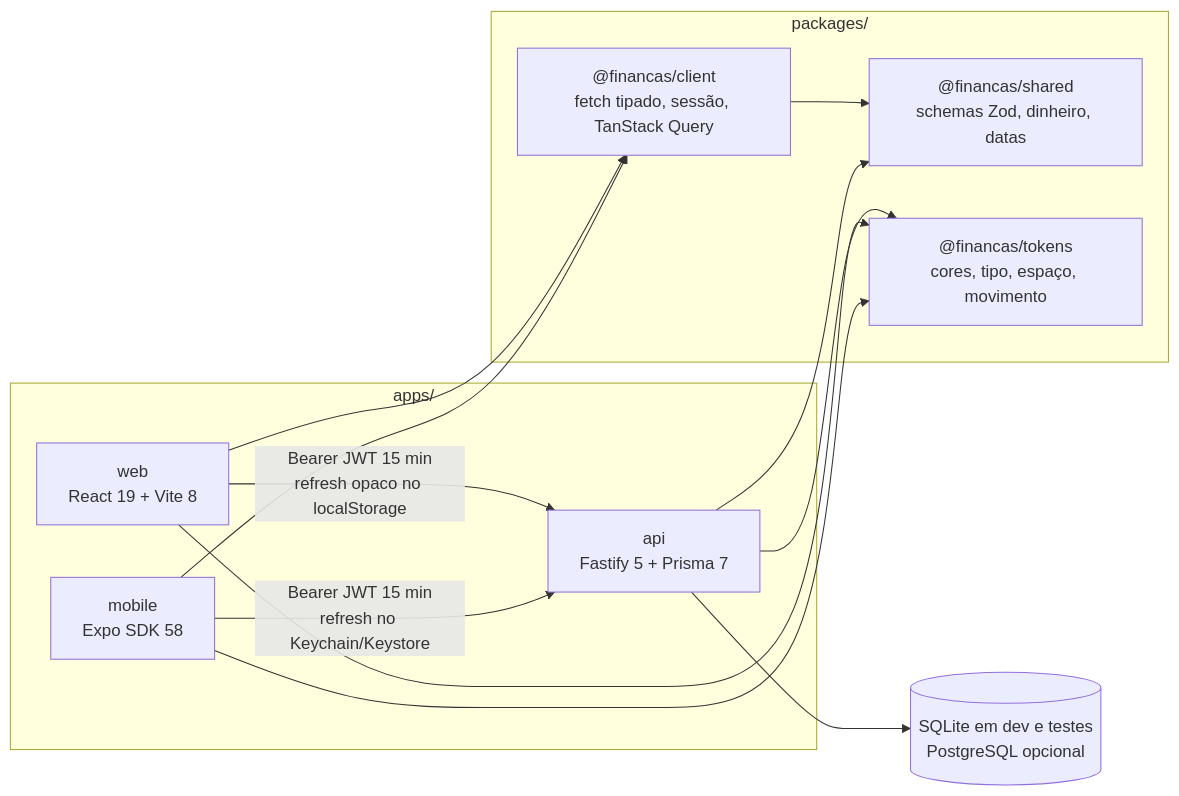
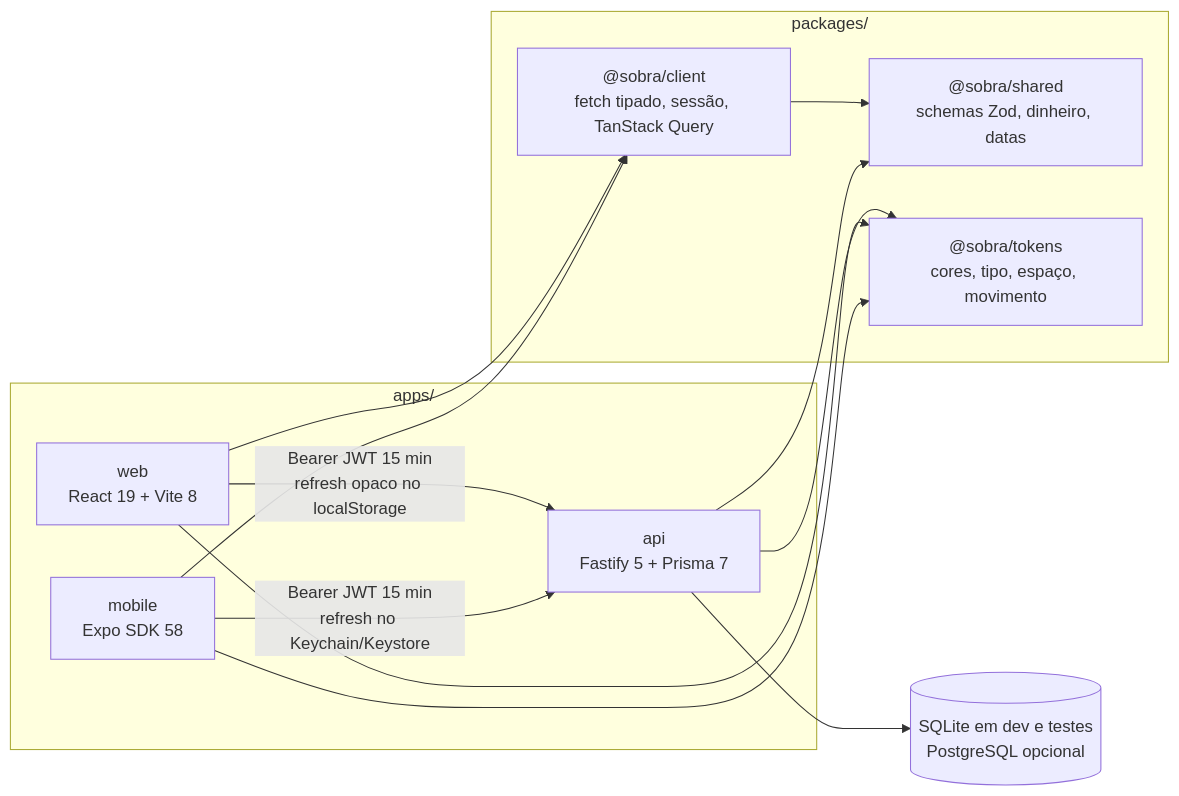
The first of 2 diagrams in README.md (Felixdario/Sobra), drawn with Mermaid before and after one commit. The commit also changed other lines of this file and 185 other files, not shown here.

First line of the commit message:
chore: rename project from financas to sobra

````diff
--- a/README.md
+++ b/README.md
@@ -110,26 +110,26 @@
 ```mermaid
 flowchart LR
   subgraph pacotes["packages/"]
-    shared["@financas/shared<br/>schemas Zod, dinheiro, datas"]
-    tokens["@financas/tokens<br/>cores, tipo, espaço, movimento"]
-    client["@financas/client<br/>fetch tipado, sessão, TanStack Query"]
+    shared["@sobra/shared<br/>schemas Zod, dinheiro, datas"]
+    tokens["@sobra/tokens<br/>cores, tipo, espaço, movimento"]
+    client["@sobra/client<br/>fetch tipado, sessão, TanStack Query"]
   end
   subgraph apps["apps/"]
     api["api<br/>Fastify 5 + Prisma 7"]
     web["web<br/>React 19 + Vite 8"]
     mobile["mobile<br/>Expo SDK 58"]
   end
   db[("SQLite em dev e testes<br/>PostgreSQL opcional")]
 
   client --> shared
   api --> shared
   api --> tokens
   web --> client
   web --> tokens
   mobile --> client
   mobile --> tokens
   api --> db
 
   web -- "Bearer JWT 15 min<br/>refresh opaco no localStorage" --> api
   mobile -- "Bearer JWT 15 min<br/>refresh no Keychain/Keystore" --> api
 ```
````
